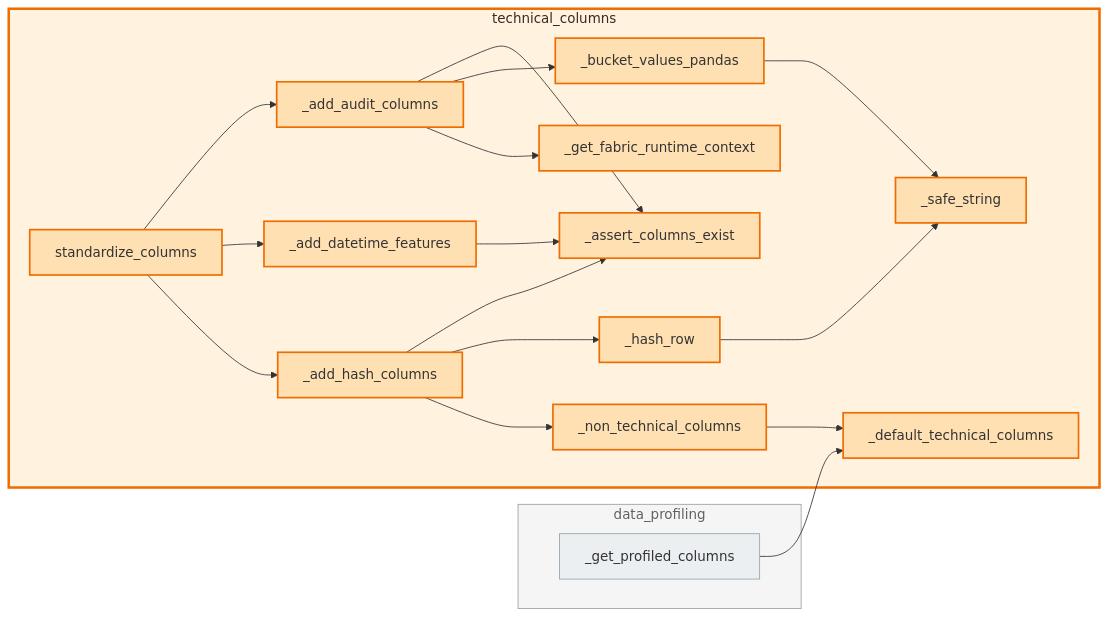
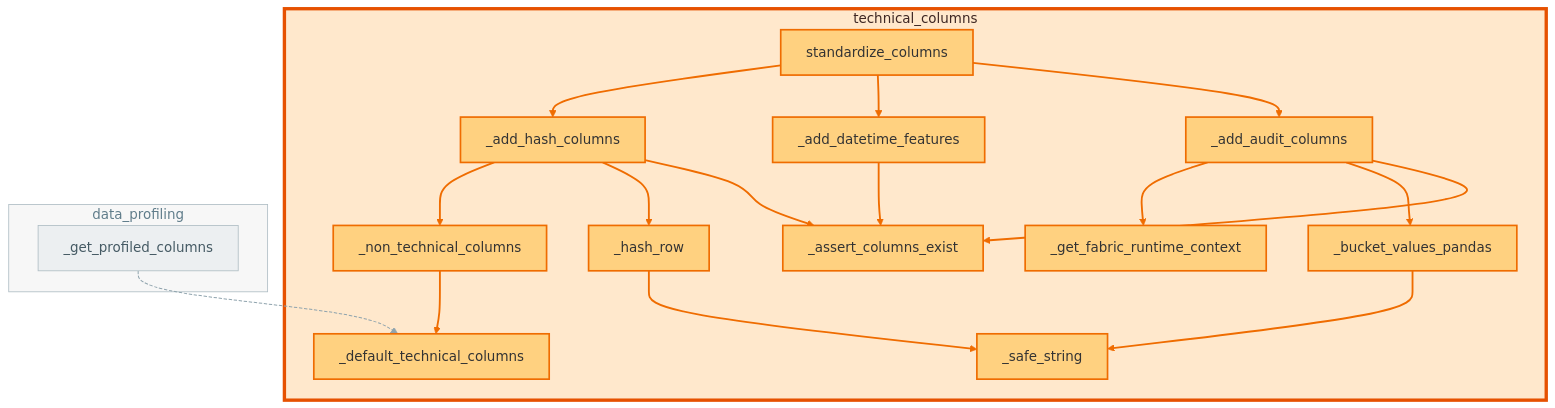
The diagram in docs/api/modules/technical_columns.md (Voycepeh/FabricOps-Starter-Kit), drawn with Mermaid before and after one commit. The commit also changed other lines of this file and 13 other files, not shown here.

Commit message:
Polish grouped callable diagrams visual hierarchy and noise reduction

````diff
--- a/docs/api/modules/technical_columns.md
+++ b/docs/api/modules/technical_columns.md
@@ -106,41 +106,43 @@
 ```mermaid
-flowchart LR
-  classDef currentModule fill:#fff3e0,stroke:#ef6c00,stroke-width:3px,color:#3e2723;
-  classDef externalModule fill:#f5f5f5,stroke:#9e9e9e,stroke-width:1px,color:#616161;
-  classDef currentCallable fill:#ffe0b2,stroke:#ef6c00,stroke-width:2px;
-  classDef externalCallable fill:#eceff1,stroke:#90a4ae,stroke-width:1px;
-  subgraph m_data_profiling[data_profiling]
-    fabricops_kit_data_profiling__get_profiled_columns["_get_profiled_columns"]
-  end
+flowchart TB
+  classDef currentModule fill:#ffe8cc,stroke:#e65100,stroke-width:4px,color:#3e2723;
+  classDef externalModule fill:#f7f7f7,stroke:#b0bec5,stroke-width:1px,color:#607d8b;
+  classDef currentCallable fill:#ffd180,stroke:#ef6c00,stroke-width:2px;
+  classDef externalCallable fill:#eceff1,stroke:#b0bec5,stroke-width:1px,color:#455a64;
   subgraph m_technical_columns[technical_columns]
     fabricops_kit_technical_columns__add_audit_columns["_add_audit_columns"]
     fabricops_kit_technical_columns__add_datetime_features["_add_datetime_features"]
     fabricops_kit_technical_columns__add_hash_columns["_add_hash_columns"]
     fabricops_kit_technical_columns__assert_columns_exist["_assert_columns_exist"]
     fabricops_kit_technical_columns__bucket_values_pandas["_bucket_values_pandas"]
     fabricops_kit_technical_columns__default_technical_columns["_default_technical_columns"]
     fabricops_kit_technical_columns__get_fabric_runtime_context["_get_fabric_runtime_context"]
     fabricops_kit_technical_columns__hash_row["_hash_row"]
     fabricops_kit_technical_columns__non_technical_columns["_non_technical_columns"]
     fabricops_kit_technical_columns__safe_string["_safe_string"]
     fabricops_kit_technical_columns_standardize_columns["standardize_columns"]
+  end
+  subgraph m_data_profiling[data_profiling]
+    fabricops_kit_data_profiling__get_profiled_columns["_get_profiled_columns"]
   end
   fabricops_kit_data_profiling__get_profiled_columns --> fabricops_kit_technical_columns__default_technical_columns
   fabricops_kit_technical_columns__add_audit_columns --> fabricops_kit_technical_columns__assert_columns_exist
   fabricops_kit_technical_columns__add_audit_columns --> fabricops_kit_technical_columns__bucket_values_pandas
   fabricops_kit_technical_columns__add_audit_columns --> fabricops_kit_technical_columns__get_fabric_runtime_context
   fabricops_kit_technical_columns__add_datetime_features --> fabricops_kit_technical_columns__assert_columns_exist
   fabricops_kit_technical_columns__add_hash_columns --> fabricops_kit_technical_columns__assert_columns_exist
   fabricops_kit_technical_columns__add_hash_columns --> fabricops_kit_technical_columns__hash_row
   fabricops_kit_technical_columns__add_hash_columns --> fabricops_kit_technical_columns__non_technical_columns
   fabricops_kit_technical_columns__bucket_values_pandas --> fabricops_kit_technical_columns__safe_string
   fabricops_kit_technical_columns__hash_row --> fabricops_kit_technical_columns__safe_string
   fabricops_kit_technical_columns__non_technical_columns --> fabricops_kit_technical_columns__default_technical_columns
   fabricops_kit_technical_columns_standardize_columns --> fabricops_kit_technical_columns__add_audit_columns
   fabricops_kit_technical_columns_standardize_columns --> fabricops_kit_technical_columns__add_datetime_features
   fabricops_kit_technical_columns_standardize_columns --> fabricops_kit_technical_columns__add_hash_columns
+  linkStyle 1,2,3,4,5,6,7,8,9,10,11,12,13 stroke:#ef6c00,stroke-width:2.2px;
+  linkStyle 0 stroke:#90a4ae,stroke-width:1.2px,stroke-dasharray: 4 2;
   class m_technical_columns currentModule;
   class m_data_profiling externalModule;
   class fabricops_kit_technical_columns__add_audit_columns,fabricops_kit_technical_columns__add_datetime_features,fabricops_kit_technical_columns__add_hash_columns,fabricops_kit_technical_columns__assert_columns_exist,fabricops_kit_technical_columns__bucket_values_pandas,fabricops_kit_technical_columns__default_technical_columns,fabricops_kit_technical_columns__get_fabric_runtime_context,fabricops_kit_technical_columns__hash_row,fabricops_kit_technical_columns__non_technical_columns,fabricops_kit_technical_columns__safe_string,fabricops_kit_technical_columns_standardize_columns currentCallable;
   class fabricops_kit_data_profiling__get_profiled_columns externalCallable;
 ```
````
